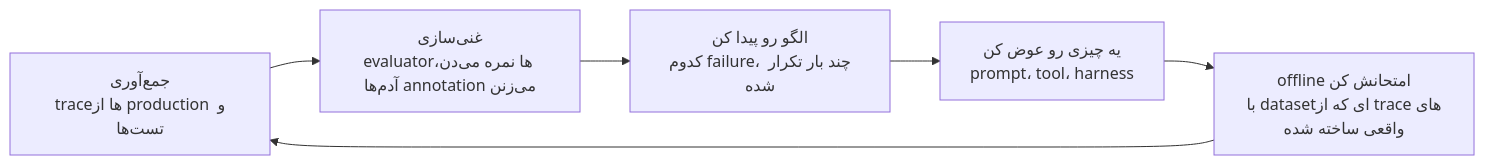
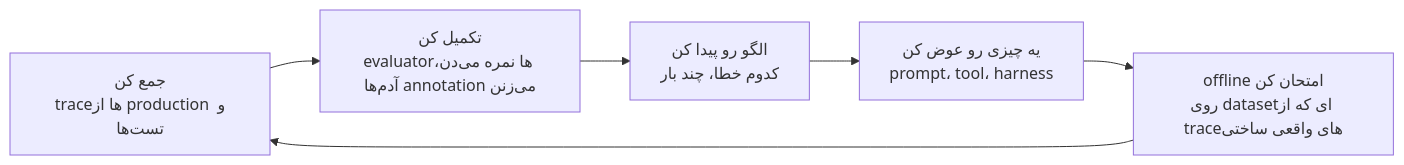
The first of 2 diagrams in mini-courses/1_fundamentals/observability_fa.md (lokumai/ai-engineering-bazaar), drawn with Mermaid before and after one commit. The commit also changed other lines of this file and 82 other files, not shown here.

````diff
--- a/mini-courses/1_fundamentals/observability_fa.md
+++ b/mini-courses/1_fundamentals/observability_fa.md
@@ -45,8 +45,8 @@
 ```mermaid
 graph LR
-    A["جمع‌آوری<br/>trace‌ها از production و تست‌ها"] --> B["غنی‌سازی<br/>evaluator‌ها نمره می‌دن، آدم‌ها annotation می‌زنن"]
-    B --> C["الگو رو پیدا کن<br/>کدوم failure، چند بار تکرار شده"]
+    A["جمع کن<br/>trace‌ها از production و تست‌ها"] --> B["تکمیل کن<br/>evaluator‌ها نمره می‌دن، آدم‌ها annotation می‌زنن"]
+    B --> C["الگو رو پیدا کن<br/>کدوم خطا، چند بار"]
     C --> D["یه چیزی رو عوض کن<br/>prompt، tool، harness"]
-    D --> E["offline امتحانش کن<br/>با dataset‌ای که از trace‌های واقعی ساخته شده"]
+    D --> E["offline امتحان کن<br/>روی dataset‌ای که از trace‌های واقعی ساختی"]
     E --> A
 ```
````
